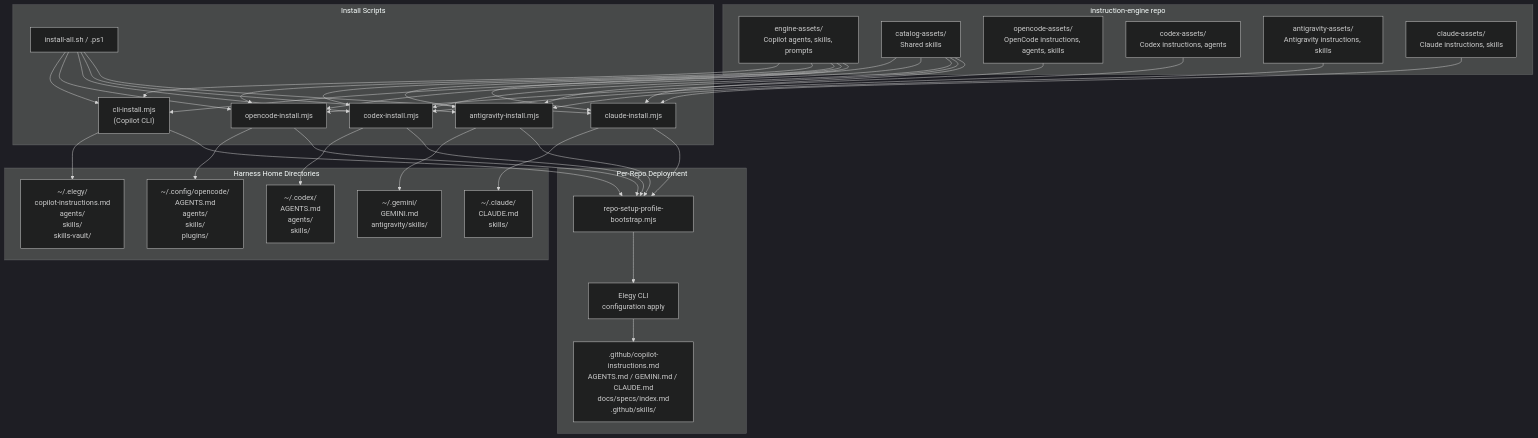
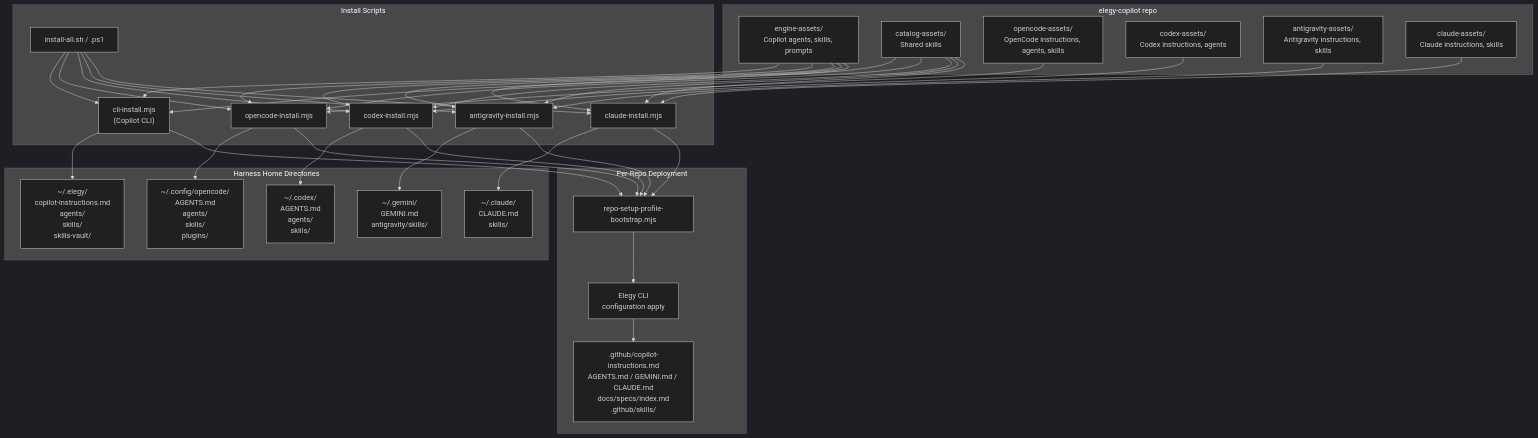
The diagram in docs/system/harness-asset-flow.md (Sofreshx/Elegy-copilot), drawn with Mermaid (dark theme) before and after one commit. The commit also changed other lines of this file and 175 other files, not shown here.

First line of the commit message:
rebrand: rename instruction-engine to elegy-copilot across entire repo

````diff
--- a/docs/system/harness-asset-flow.md
+++ b/docs/system/harness-asset-flow.md
@@ -34,72 +34,72 @@
 ```mermaid
 graph TB
-    subgraph "instruction-engine repo"
+    subgraph "elegy-copilot repo"
         EA["engine-assets/<br/>Copilot agents, skills, prompts"]
         CA["catalog-assets/<br/>Shared skills"]
         OA["opencode-assets/<br/>OpenCode instructions, agents, skills"]
         CXA["codex-assets/<br/>Codex instructions, agents"]
         ARA["antigravity-assets/<br/>Antigravity instructions, skills"]
         CLA["claude-assets/<br/>Claude instructions, skills"]
     end
 
     subgraph "Install Scripts"
         CI["cli-install.mjs<br/>(Copilot CLI)"]
         OI["opencode-install.mjs"]
         CXI["codex-install.mjs"]
         ARI["antigravity-install.mjs"]
         CLI2["claude-install.mjs"]
         IA["install-all.sh / .ps1"]
     end
 
     subgraph "Harness Home Directories"
         CH["~/.elegy/<br/>copilot-instructions.md<br/>agents/<br/>skills/<br/>skills-vault/"]
         OH["~/.config/opencode/<br/>AGENTS.md<br/>agents/<br/>skills/<br/>plugins/"]
         CXH["~/.codex/<br/>AGENTS.md<br/>agents/<br/>skills/"]
         ARH["~/.gemini/<br/>GEMINI.md<br/>antigravity/skills/"]
         CLH["~/.claude/<br/>CLAUDE.md<br/>skills/"]
     end
 
     subgraph "Per-Repo Deployment"
         RSB["repo-setup-profile-bootstrap.mjs"]
         ELEGY["Elegy CLI<br/>configuration apply"]
         REPO[".github/copilot-instructions.md<br/>AGENTS.md / GEMINI.md / CLAUDE.md<br/>docs/specs/index.md<br/>.github/skills/"]
     end
 
     IA --> CI
     IA --> OI
     IA --> CXI
     IA --> ARI
     IA --> CLI2
 
     CI --> CH
     OI --> OH
     CXI --> CXH
     ARI --> ARH
     CLI2 --> CLH
 
     EA --> CI
     EA --> OI
     EA --> CXI
     EA --> ARI
     EA --> CLI2
 
     CA --> CI
     CA --> OI
     CA --> CXI
     CA --> ARI
     CA --> CLI2
 
     OA --> OI
     CXA --> CXI
     ARA --> ARI
     CLA --> CLI2
 
     OI --> RSB
     CXI --> RSB
     ARI --> RSB
     CLI2 --> RSB
     CI --> RSB
 
     RSB --> ELEGY
     ELEGY --> REPO
 ```
````
